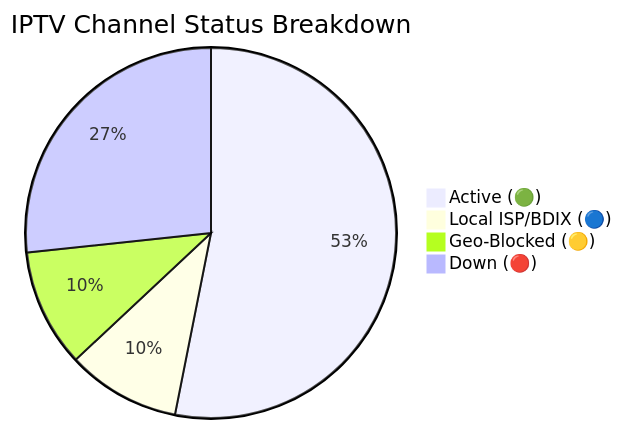
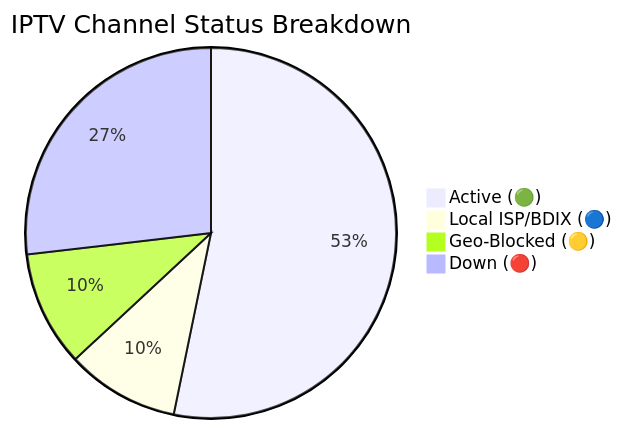
The diagram in README.md (Zaman-Topu/Ip-tv-Collection), drawn with Mermaid before and after one commit. The commit also changed other lines of this file and 6 other files, not shown here.

````diff
--- a/README.md
+++ b/README.md
@@ -149,7 +149,7 @@
 ```mermaid
 pie title IPTV Channel Status Breakdown
-    "Active (🟢)" : 9111
-    "Local ISP/BDIX (🔵)" : 1699
-    "Geo-Blocked (🟡)" : 1765
-    "Down (🔴)" : 4577
+    "Active (🟢)" : 9130
+    "Local ISP/BDIX (🔵)" : 1689
+    "Geo-Blocked (🟡)" : 1728
+    "Down (🔴)" : 4605
 ```
````
